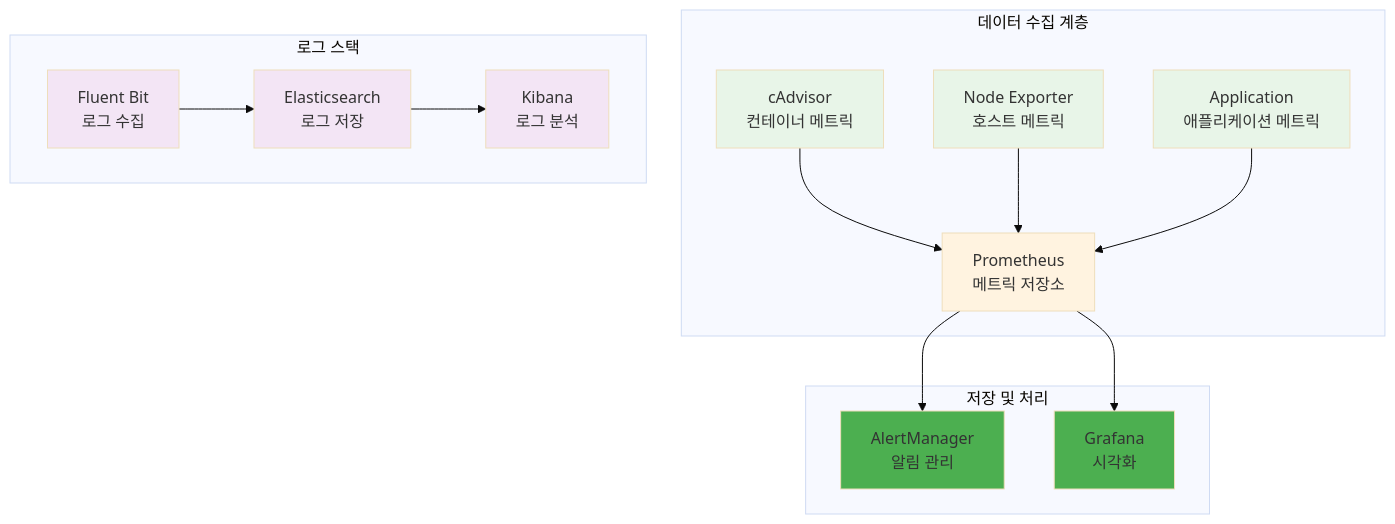
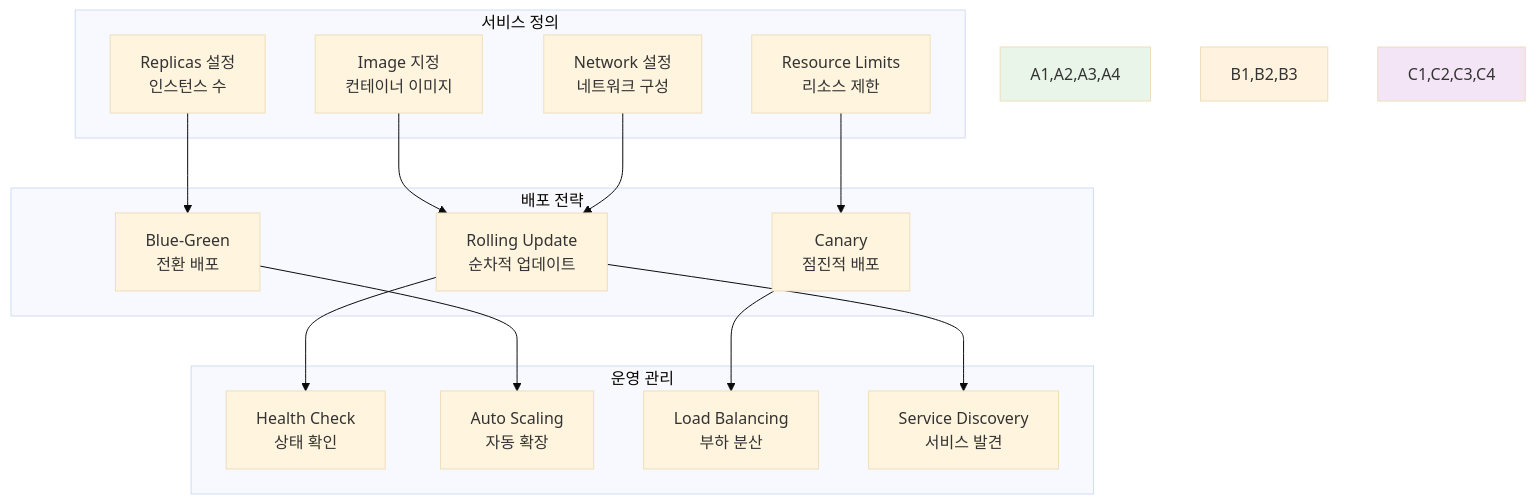
Before and after one commit to niceguy61/kdt_devops_lecture_2025: the third of 4 diagrams in theory/week_02/day3/session_3.md, drawn with Mermaid (base theme). The commit also changed other lines of this file and 70 other files, not shown here.

````diff
--- a/theory/week_02/day3/session_3.md
+++ b/theory/week_02/day3/session_3.md
@@ -68,28 +124,36 @@
 ```mermaid
 graph TB
-    subgraph "데이터 수집 계층"
-        A[cAdvisor<br/>컨테이너 메트릭] --> D[Prometheus<br/>메트릭 저장소]
-        B[Node Exporter<br/>호스트 메트릭] --> D
-        C[Application<br/>애플리케이션 메트릭] --> D
+    subgraph "서비스 정의"
+        A1[Image 지정<br/>컨테이너 이미지]
+        A2[Replicas 설정<br/>인스턴스 수]
+        A3[Resource Limits<br/>리소스 제한]
+        A4[Network 설정<br/>네트워크 구성]
     end
     
-    subgraph "저장 및 처리"
-        D --> E[AlertManager<br/>알림 관리]
-        D --> F[Grafana<br/>시각화]
+    subgraph "배포 전략"
+        B1[Rolling Update<br/>순차적 업데이트]
+        B2[Blue-Green<br/>전환 배포]
+        B3[Canary<br/>점진적 배포]
     end
     
-    subgraph "로그 스택"
-        G[Fluent Bit<br/>로그 수집] --> H[Elasticsearch<br/>로그 저장]
-        H --> I[Kibana<br/>로그 분석]
+    subgraph "운영 관리"
+        C1[Health Check<br/>상태 확인]
+        C2[Auto Scaling<br/>자동 확장]
+        C3[Load Balancing<br/>부하 분산]
+        C4[Service Discovery<br/>서비스 발견]
     end
     
-    style A fill:#e8f5e8
-    style B fill:#e8f5e8
-    style C fill:#e8f5e8
-    style D fill:#fff3e0
-    style E fill:#4caf50
-    style F fill:#4caf50
-    style G fill:#f3e5f5
-    style H fill:#f3e5f5
-    style I fill:#f3e5f5
+    A1 --> B1
+    A2 --> B2
+    A3 --> B3
+    A4 --> B1
+    
+    B1 --> C1
+    B2 --> C2
+    B3 --> C3
+    B1 --> C4
+    
+    style A1,A2,A3,A4 fill:#e8f5e8
+    style B1,B2,B3 fill:#fff3e0
+    style C1,C2,C3,C4 fill:#f3e5f5
 ```
````
